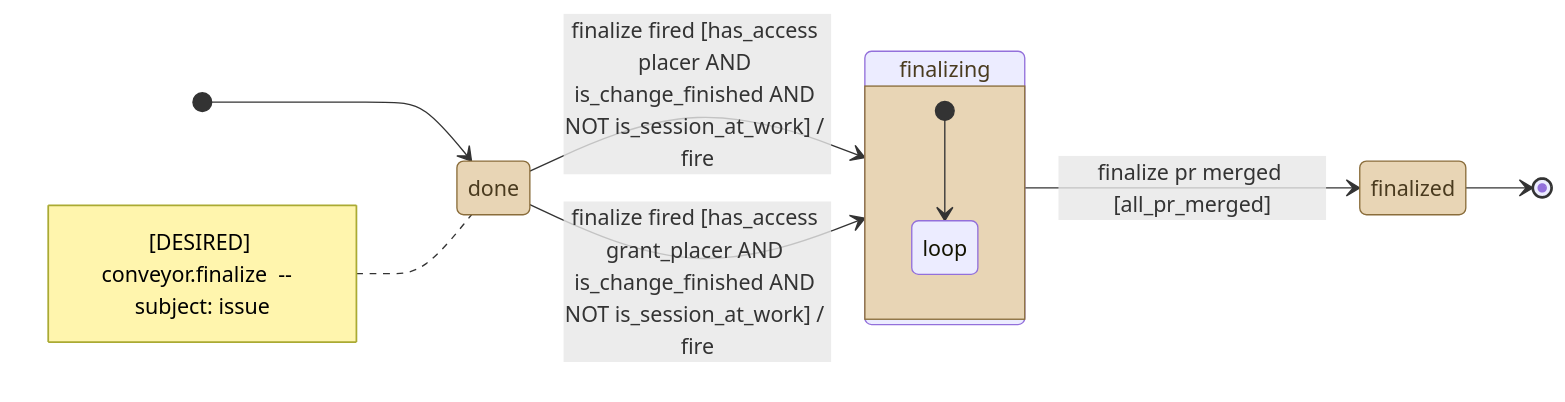
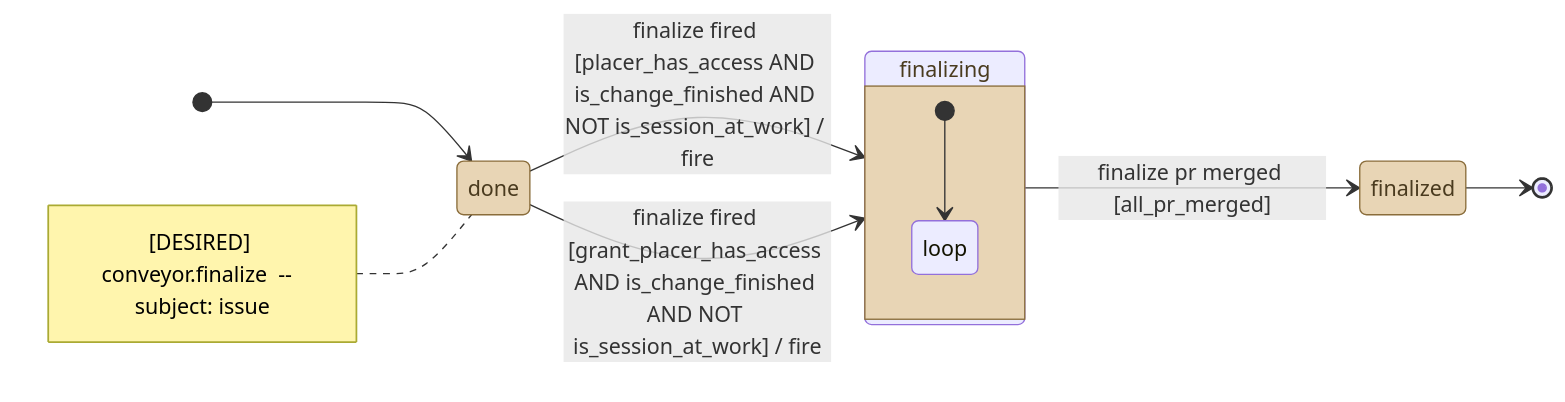
One commit to kostiantyn-matsebora/agent-ops-operator changed the diagram in .github/conveyor-model/mermaid/desired/conveyor_finalize.mmd. Above: the diagram before and after it, drawn with Mermaid. The commit also changed 2 other files, not shown here.

```diff
--- a/.github/conveyor-model/mermaid/desired/conveyor_finalize.mmd
+++ b/.github/conveyor-model/mermaid/desired/conveyor_finalize.mmd
@@ -1,20 +1,20 @@
 stateDiagram-v2
     direction LR
     [*] --> done
     note left of done
         [DESIRED] conveyor.finalize  --  subject: issue
     end note
     classDef stationState fill:#e8d5b5,stroke:#8a6d3b,color:#4a3b1f
     classDef loopState fill:#c9e4de,stroke:#2f6b5e,color:#1a3b33
     state done
     state finalizing
     state finalized
-    done --> finalizing : finalize fired [has_access placer AND is_change_finished AND NOT is_session_at_work] / fire
-    done --> finalizing : finalize fired [has_access grant_placer AND is_change_finished AND NOT is_session_at_work] / fire
+    done --> finalizing : finalize fired [placer_has_access AND is_change_finished AND NOT is_session_at_work] / fire
+    done --> finalizing : finalize fired [grant_placer_has_access AND is_change_finished AND NOT is_session_at_work] / fire
     finalizing --> finalized : finalize pr merged [all_pr_merged]
     finalized --> [*]
     class done, finalizing, finalized stationState
     state finalizing {
         [*] --> loop
         state "loop" as loop
     }
```
